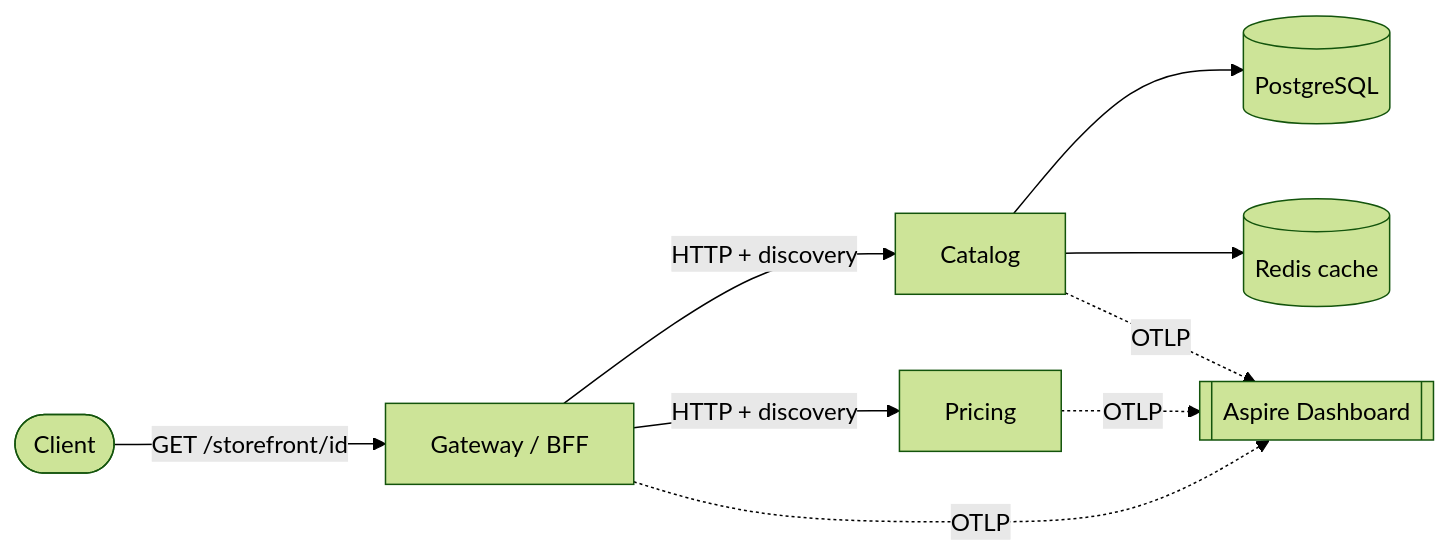
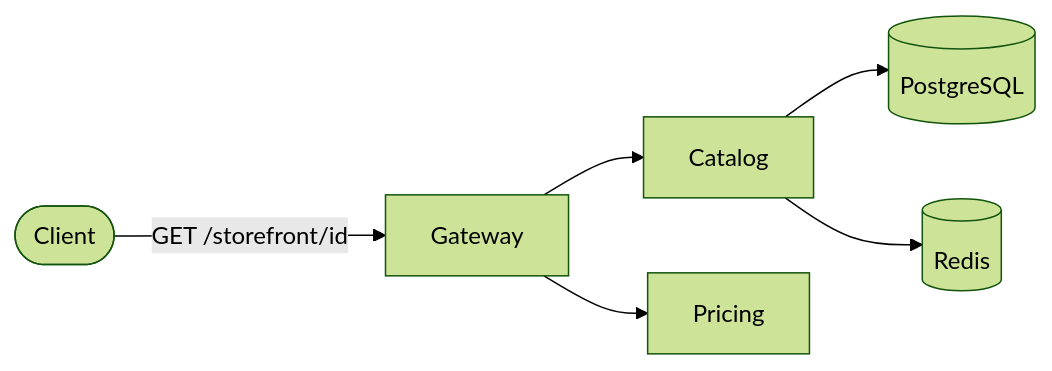
The diagram in README.md (thomasmoreira/dotnet-aspire-reference), drawn with Mermaid (forest theme) before and after one commit. The commit also changed other lines of this file, not shown here.

````diff
--- a/README.md
+++ b/README.md
@@ -22,11 +11,8 @@
 ```mermaid
 flowchart LR
-  Client([Client]) -->|GET /storefront/id| GW[Gateway / BFF]
-  GW -->|HTTP + discovery| CAT[Catalog]
-  GW -->|HTTP + discovery| PRC[Pricing]
+  Client([Client]) -->|GET /storefront/id| GW[Gateway]
+  GW --> CAT[Catalog]
+  GW --> PRC[Pricing]
   CAT --> PG[(PostgreSQL)]
-  CAT --> RD[(Redis cache)]
-  GW -. OTLP .-> DASH[[Aspire Dashboard]]
-  CAT -. OTLP .-> DASH
-  PRC -. OTLP .-> DASH
+  CAT --> RD[(Redis)]
 ```
````
